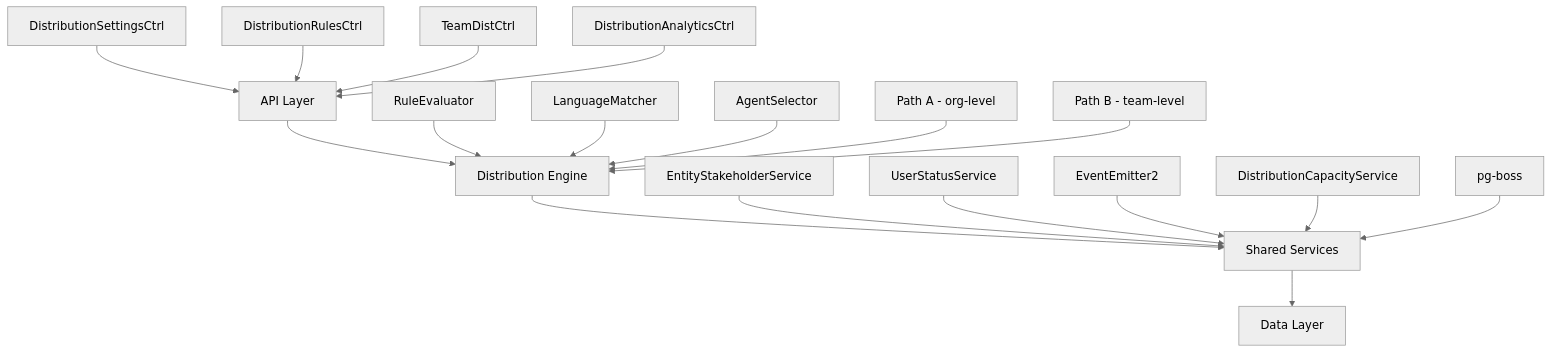
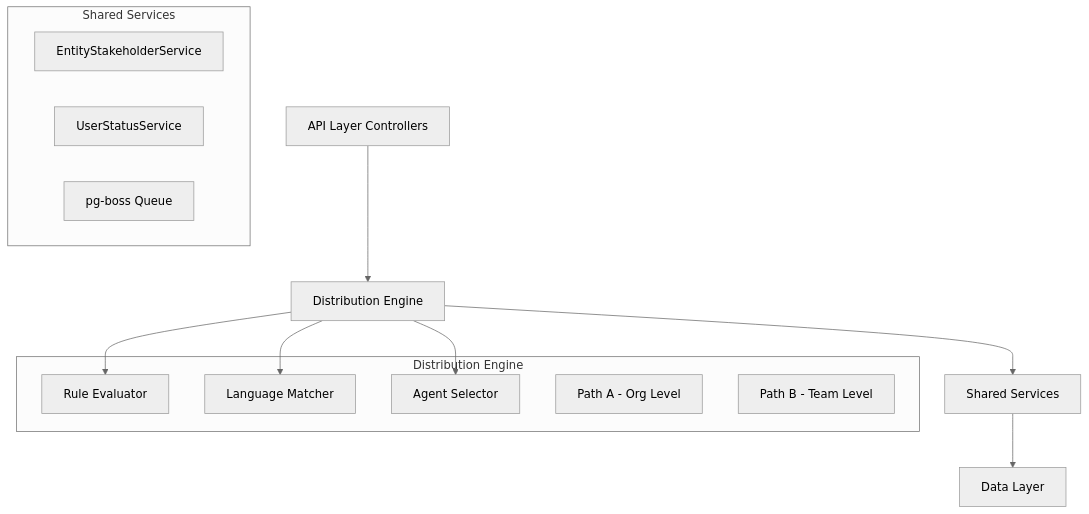
Before and after one commit to tech-propwise-org/docs: the diagram in backend/crm/distribution-module-specification-canonical.mdx, drawn with Mermaid (neutral theme). The commit also changed other lines of this file and 47 other files, not shown here.

````diff
--- a/backend/crm/distribution-module-specification-canonical.mdx
+++ b/backend/crm/distribution-module-specification-canonical.mdx
@@ -50,23 +45,23 @@
 ```mermaid
 graph TD
-    A[API Layer] --> B[Distribution Engine]
-    B --> C[Shared Services]
-    C --> D[Data Layer]
+    A[API Layer Controllers] --> B[Distribution Engine]
+    B --> C[Rule Evaluator]
+    B --> D[Language Matcher]
+    B --> E[Agent Selector]
+    B --> F[Shared Services]
+    F --> G[Data Layer]
     
-    A1[DistributionSettingsCtrl] --> A
-    A2[DistributionRulesCtrl] --> A
-    A3[TeamDistCtrl] --> A
-    A4[DistributionAnalyticsCtrl] --> A
+    subgraph "Distribution Engine"
+        C
+        D
+        E
+        H[Path A - Org Level]
+        I[Path B - Team Level]
+    end
     
-    B1[RuleEvaluator] --> B
-    B2[LanguageMatcher] --> B
-    B3[AgentSelector] --> B
-    B4[Path A - org-level] --> B
-    B5[Path B - team-level] --> B
-    
-    C1[EntityStakeholderService] --> C
-    C2[UserStatusService] --> C
-    C3[EventEmitter2] --> C
-    C4[DistributionCapacityService] --> C
-    C5[pg-boss] --> C
+    subgraph "Shared Services"
+        J[EntityStakeholderService]
+        K[UserStatusService]
+        L[pg-boss Queue]
+    end
 ```
````
